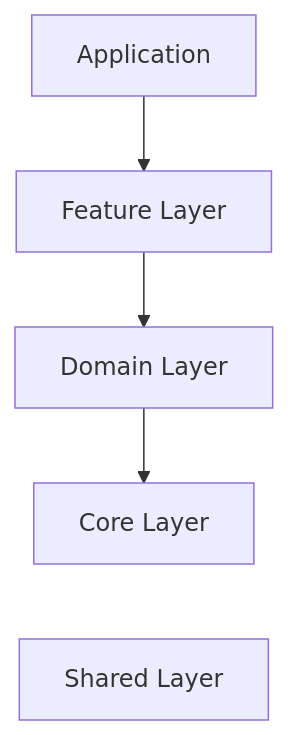
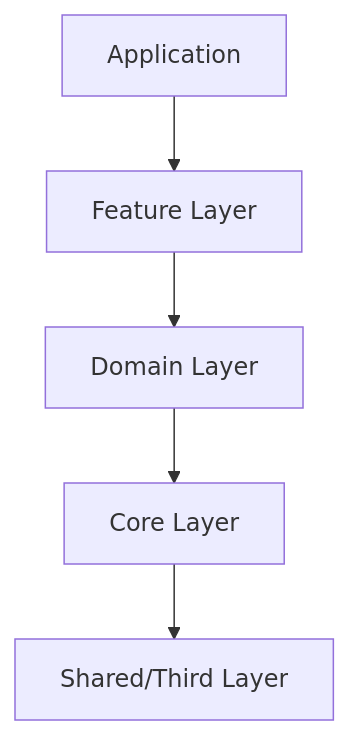
One commit to talq44/monoree changed the first of 2 diagrams in README.md. Above: the diagram before and after it, drawn with Mermaid. The commit also changed other lines of this file and 1 other file, not shown here.

````diff
--- a/README.md
+++ b/README.md
@@ -30,7 +30,7 @@
 ```mermaid
 flowchart TD
   Application --> Feature
   Feature["Feature Layer"] --> Domain
   Domain["Domain Layer"] --> Core
-  Core["Core Layer"] ~~~ Shared["Shared Layer"]
+  Core["Core Layer"] --> Shared["Shared/Third Layer"]
 ```
````
